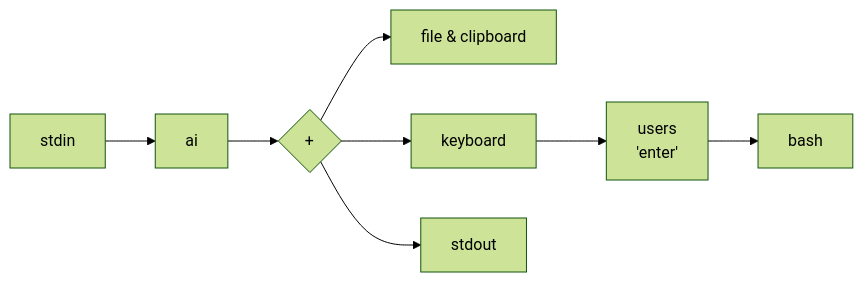
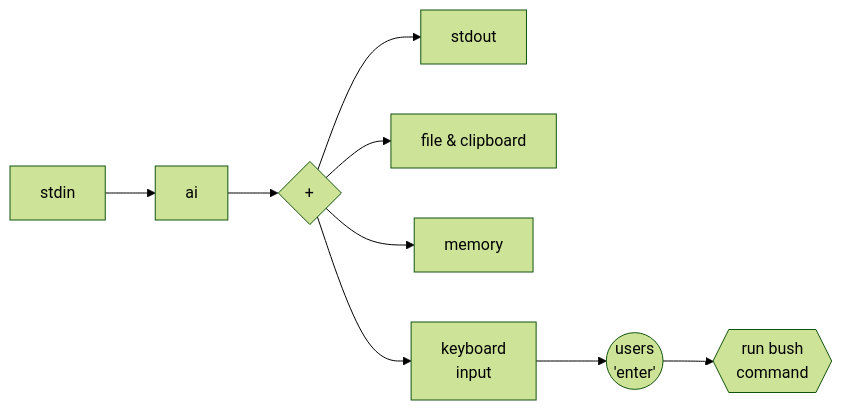
Before and after one commit to johnthesmith/ai-cli: the first of 2 diagrams in README.md, drawn with Mermaid (forest theme). The commit also changed other lines of this file and 23 other files, not shown here.

````diff
--- a/README.md
+++ b/README.md
@@ -38,8 +28,14 @@
 ```mermaid
 flowchart LR    
     gate{+}
+    
+    stdout
     buffer[file & clipboard] 
-    user[users \n 'enter']
+    memory
+    keyboard[ keyboard \n input ]
+    bash{{ run bush \n command}}
+
+    user((users \n 'enter'))
     keyboard --> user --> bash
-    stdin --> ai --> gate--> keyboard & buffer & stdout
+    stdin --> ai --> gate--> stdout & memory & keyboard & buffer
 ```
````
